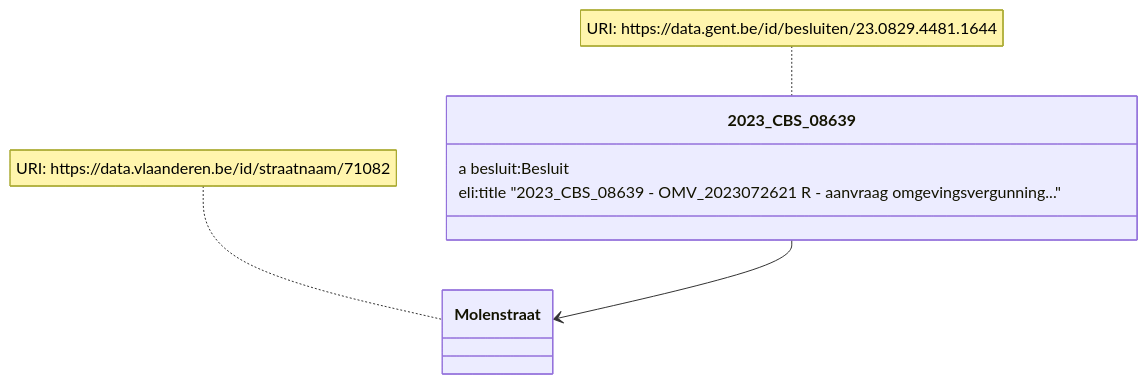
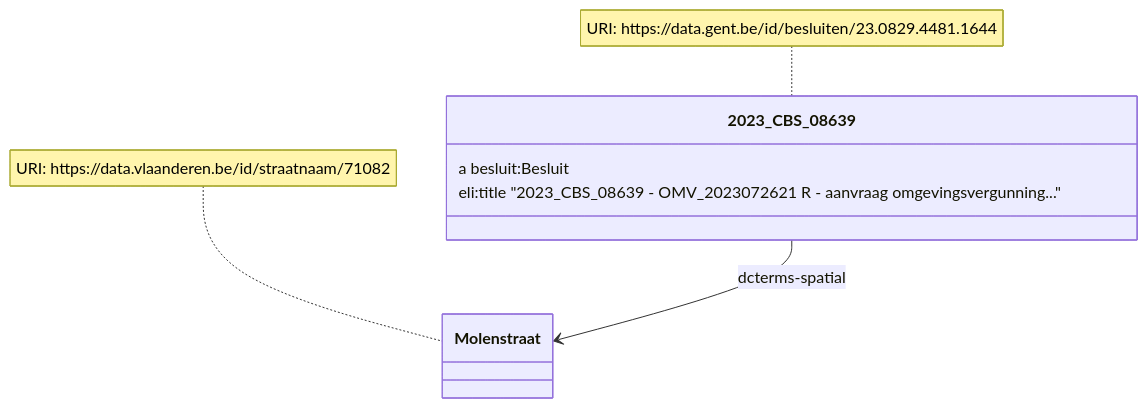
The first of 2 diagrams in README.md (Informatievlaanderen/OSLOthema-slimmeRaadpleegOmgeving), drawn with Mermaid before and after one commit. The commit also changed other lines of this file, not shown here.

Commit message:
Add diagram adresvoorstelling

````diff
--- a/README.md
+++ b/README.md
@@ -24,12 +24,12 @@
 ```mermaid
 classDiagram
-    2023_CBS_08639 --> Molenstraat
+    2023_CBS_08639 --> Molenstraat: dcterms-spatial
     note for 2023_CBS_08639 "URI: https://data.gent.be/id/besluiten/23.0829.4481.1644"
     note for Molenstraat "URI: https://data.vlaanderen.be/id/straatnaam/71082"
     class 2023_CBS_08639 {
       a besluit:Besluit
       eli:title "2023_CBS_08639 - OMV_2023072621 R - aanvraag omgevingsvergunning..."
     }
     class Molenstraat {
     }
 ```
````
